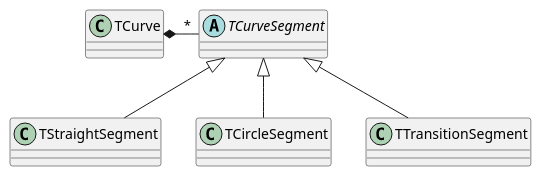
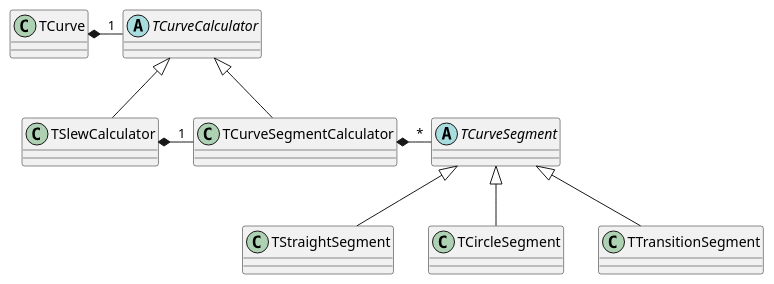
Before and after one commit to openTemplot/openTemplot: the diagram in docs/curves.adoc, drawn with PlantUML. The commit also changed other lines of this file, not shown here.

```diff
--- a/docs/curves.adoc
+++ b/docs/curves.adoc
@@ -11,13 +17,23 @@
 [plantuml, diagram-classes, png]
 ....
 class TCurve
+abstract class TCurveCalculator
+class TSlewCalculator
+class TCurveSegmentCalculator
+
 abstract class TCurveSegment
 class TStraightSegment
 class TCircleSegment
 class TTransitionSegment
 
-TCurve *- "*" TCurveSegment
+TCurve *- "1" TCurveCalculator
+TCurveCalculator <|-- TSlewCalculator
+TCurveCalculator <|-- TCurveSegmentCalculator
+
+TSlewCalculator *- "1" TCurveSegmentCalculator
+
+TCurveSegmentCalculator *- "*" TCurveSegment
 TCurveSegment <|-- TStraightSegment
 TCurveSegment <|-- TCircleSegment
 TCurveSegment <|-- TTransitionSegment
 ....
```
